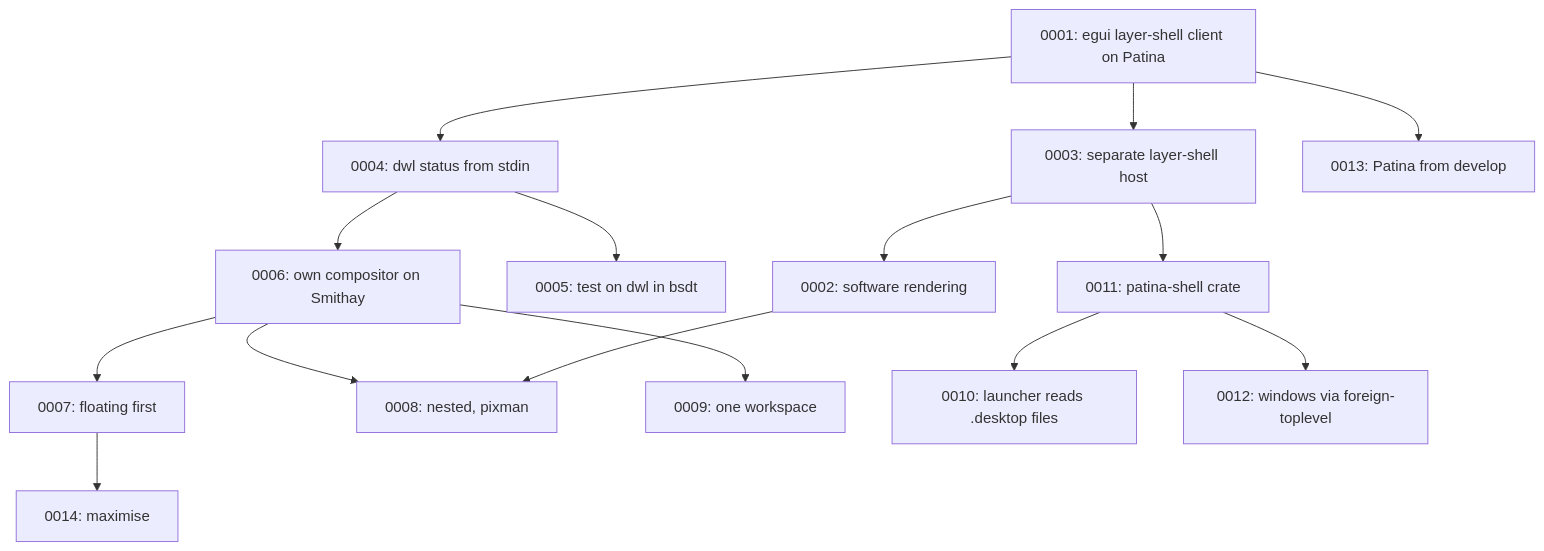
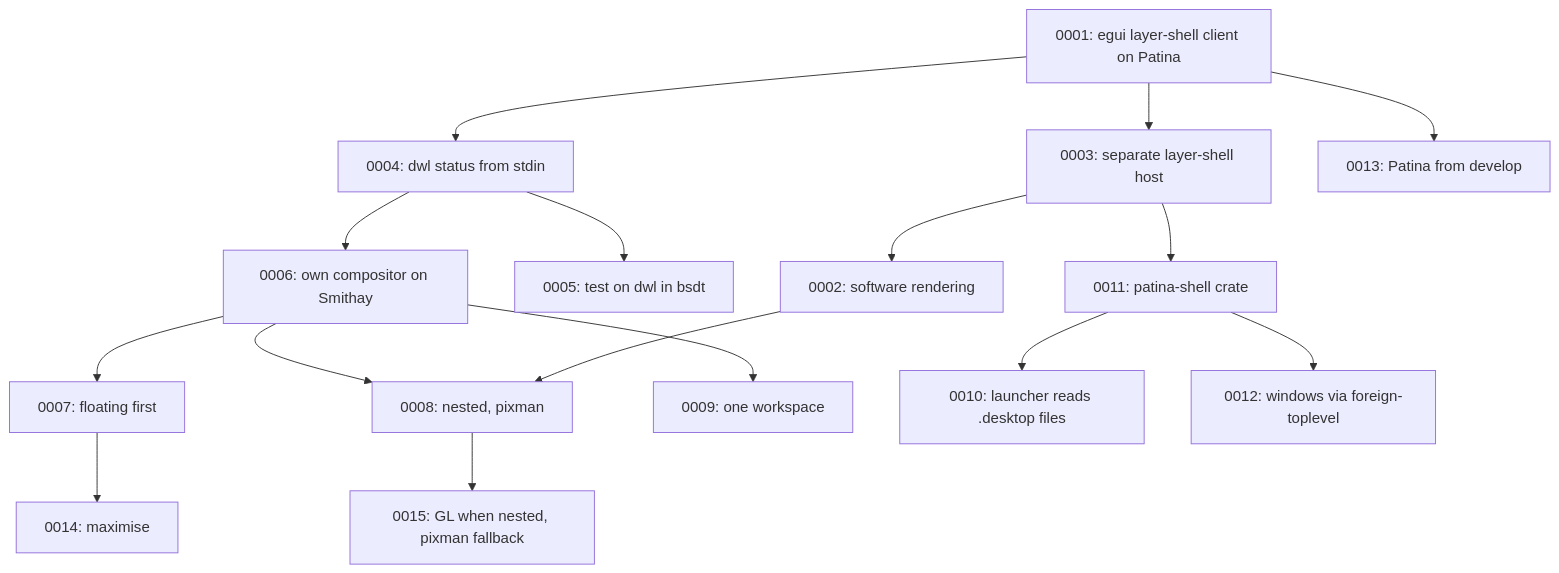
The diagram in docs/adr/README.md (Sector-F-Labs/patina-desktop), drawn with Mermaid before and after one commit. The commit also changed other lines of this file and 11 other files, not shown here.

````diff
--- a/docs/adr/README.md
+++ b/docs/adr/README.md
@@ -62,17 +63,18 @@
 ```mermaid
 flowchart TD
     A[0001: egui layer-shell client on Patina] --> B[0003: separate layer-shell host]
     B --> C[0002: software rendering]
     A --> D[0004: dwl status from stdin]
     D --> E[0005: test on dwl in bsdt]
     D --> F[0006: own compositor on Smithay]
     F --> G[0007: floating first]
     G --> N[0014: maximise]
     F --> H[0008: nested, pixman]
+    H --> O[0015: GL when nested, pixman fallback]
     C --> H
     F --> I[0009: one workspace]
     B --> K[0011: patina-shell crate]
     K --> J[0010: launcher reads .desktop files]
     K --> L[0012: windows via foreign-toplevel]
     A --> M[0013: Patina from develop]
 ```
````
